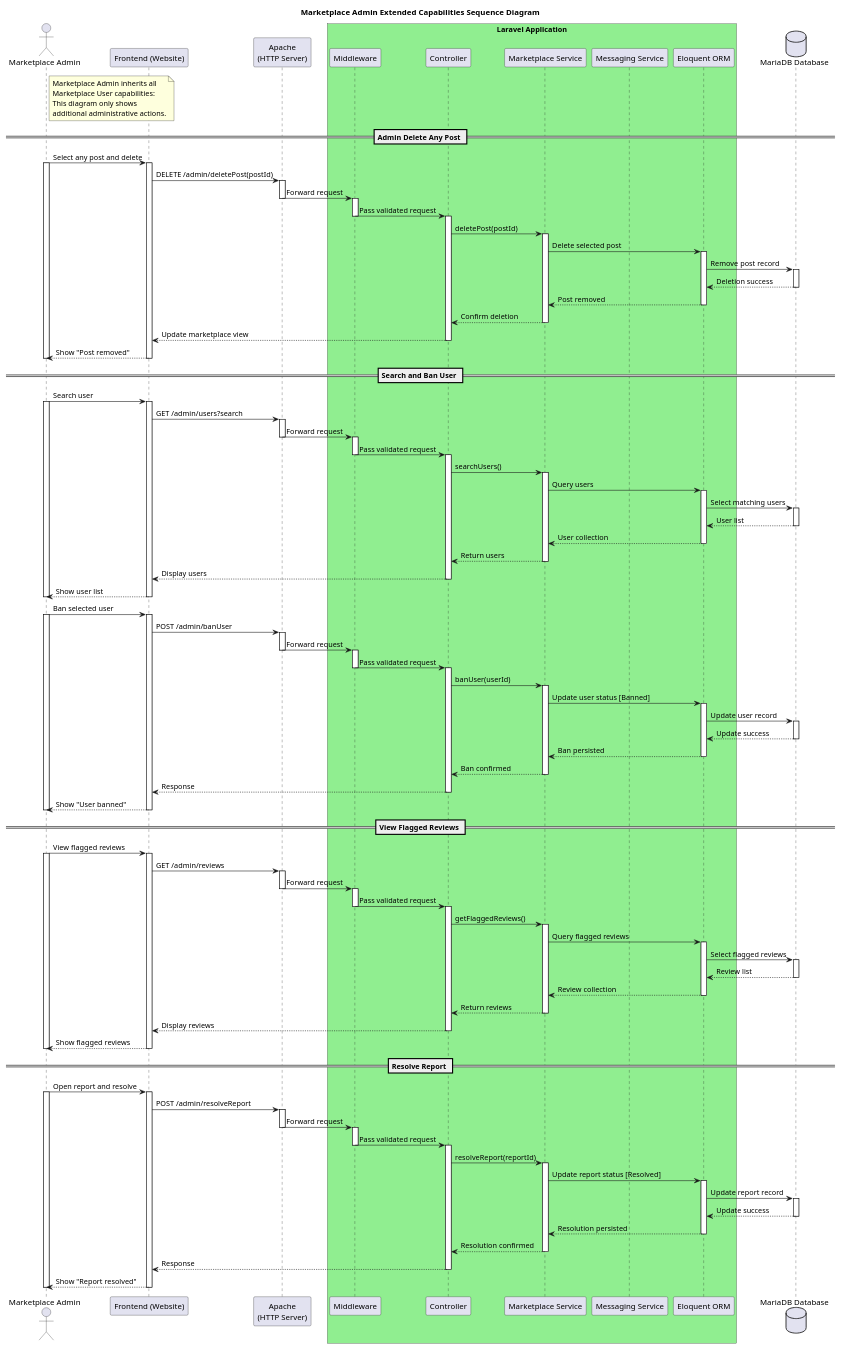
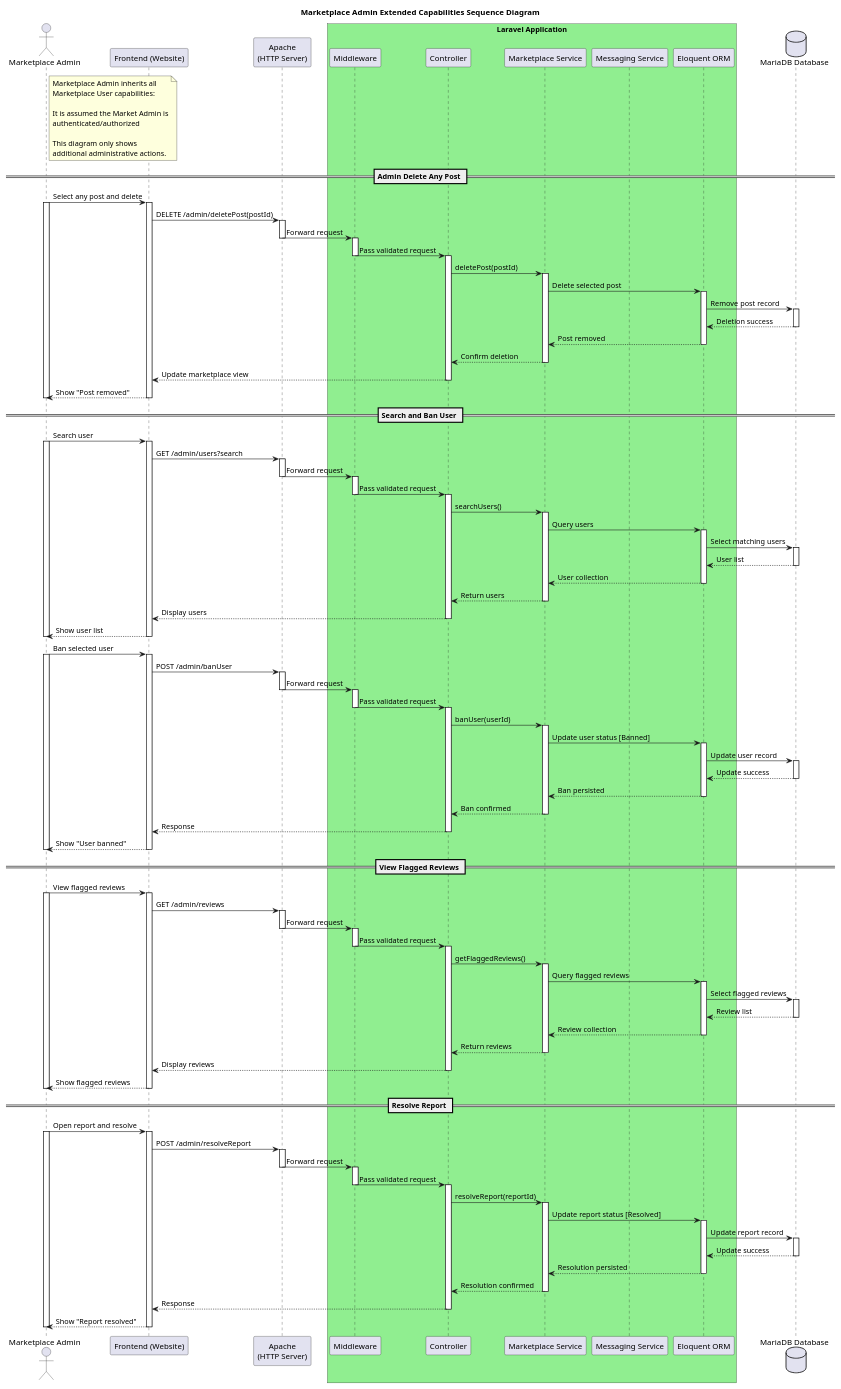
One commit to JanPerez35/PlantUML changed the diagram in sequenceDiagram/Marketplace_Admin_Sequence_Diagram.puml. Above: the diagram before and after it, drawn with PlantUML. The commit also changed 8 other files, not shown here.

```diff
--- a/sequenceDiagram/Marketplace_Admin_Sequence_Diagram.puml
+++ b/sequenceDiagram/Marketplace_Admin_Sequence_Diagram.puml
@@ -7,6 +7,10 @@
 note right of Admin
 Marketplace Admin inherits all
 Marketplace User capabilities:
+
+It is assumed the Market Admin is
+authenticated/authorized
+
 This diagram only shows
 additional administrative actions.
 end note
```
